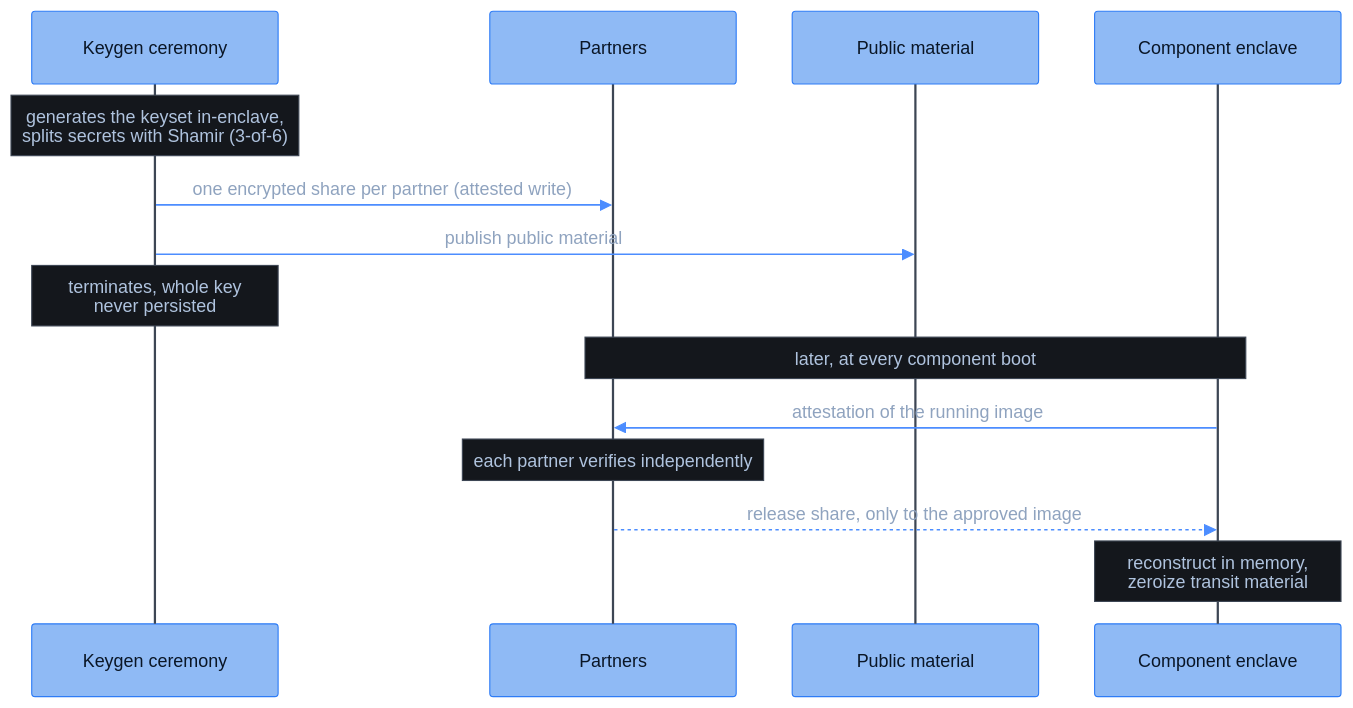
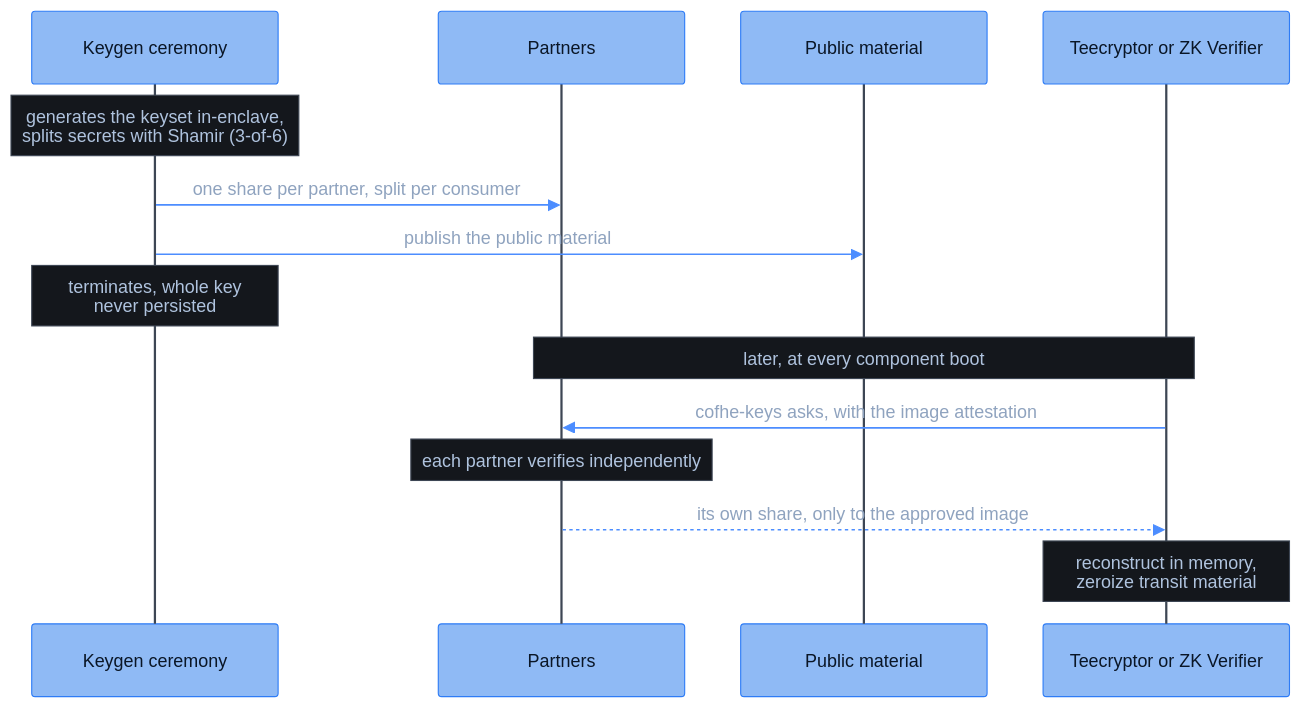
Before and after one commit to FhenixProtocol/fhenix-developer-docs: the diagram in deep-dive/cofhe-components/key-management.mmd, drawn with Mermaid. The commit also changed 1 other file, not shown here.

Commit message:
[DOCS] cofhe-components/key-management: align the mmd source and the tip with the designed diagram

```diff
--- a/deep-dive/cofhe-components/key-management.mmd
+++ b/deep-dive/cofhe-components/key-management.mmd
@@ -1,16 +1,16 @@
 %%{init: {"theme": "base", "themeVariables": {"fontFamily": "Menlo, Monaco, Consolas, monospace", "fontSize": "16px", "primaryColor": "#8FBAF5", "primaryBorderColor": "#2E7CF6", "primaryTextColor": "#0A1626", "lineColor": "#4C8DFF", "signalColor": "#4C8DFF", "signalTextColor": "#8FA3BF", "actorBkg": "#8FBAF5", "actorBorder": "#2E7CF6", "actorTextColor": "#0A1626", "actorLineColor": "#3D4654", "noteBkgColor": "#14171C", "noteBorderColor": "#3D4654", "noteTextColor": "#AFC3DE", "activationBkgColor": "#1E3A5F", "activationBorderColor": "#4C8DFF", "clusterBkg": "#14171C", "clusterBorder": "#3D4654", "titleColor": "#E7EAEE", "edgeLabelBackground": "#8FBAF5", "textColor": "#AFC3DE", "labelTextColor": "#E7EAEE", "tertiaryColor": "#14171C", "loopTextColor": "#AFC3DE", "labelBoxBkgColor": "#1E3A5F", "labelBoxBorderColor": "#4C8DFF"}, "sequence": {"actorFontFamily": "Menlo, Monaco, Consolas, monospace", "messageFontFamily": "Menlo, Monaco, Consolas, monospace", "noteFontFamily": "Menlo, Monaco, Consolas, monospace", "width": 220, "actorFontSize": 16, "messageFontSize": 16, "noteFontSize": 15}}}%%
 sequenceDiagram
     participant Ceremony as Keygen ceremony
     participant Partners as Partners
     participant Pub as Public material
-    participant Enclave as Component enclave
+    participant Enclave as Teecryptor or ZK Verifier
 
     Note over Ceremony: generates the keyset in-enclave,<br/>splits secrets with Shamir (3-of-6)
-    Ceremony->>Partners: one encrypted share per partner (attested write)
-    Ceremony->>Pub: publish public material
+    Ceremony->>Partners: one share per partner, split per consumer
+    Ceremony->>Pub: publish the public material
     Note over Ceremony: terminates, whole key<br/>never persisted
     Note over Partners,Enclave: later, at every component boot
-    Enclave->>Partners: attestation of the running image
+    Enclave->>Partners: cofhe-keys asks, with the image attestation
     Note over Partners: each partner verifies independently
-    Partners-->>Enclave: release share, only to the approved image
+    Partners-->>Enclave: its own share, only to the approved image
     Note over Enclave: reconstruct in memory,<br/>zeroize transit material
```
